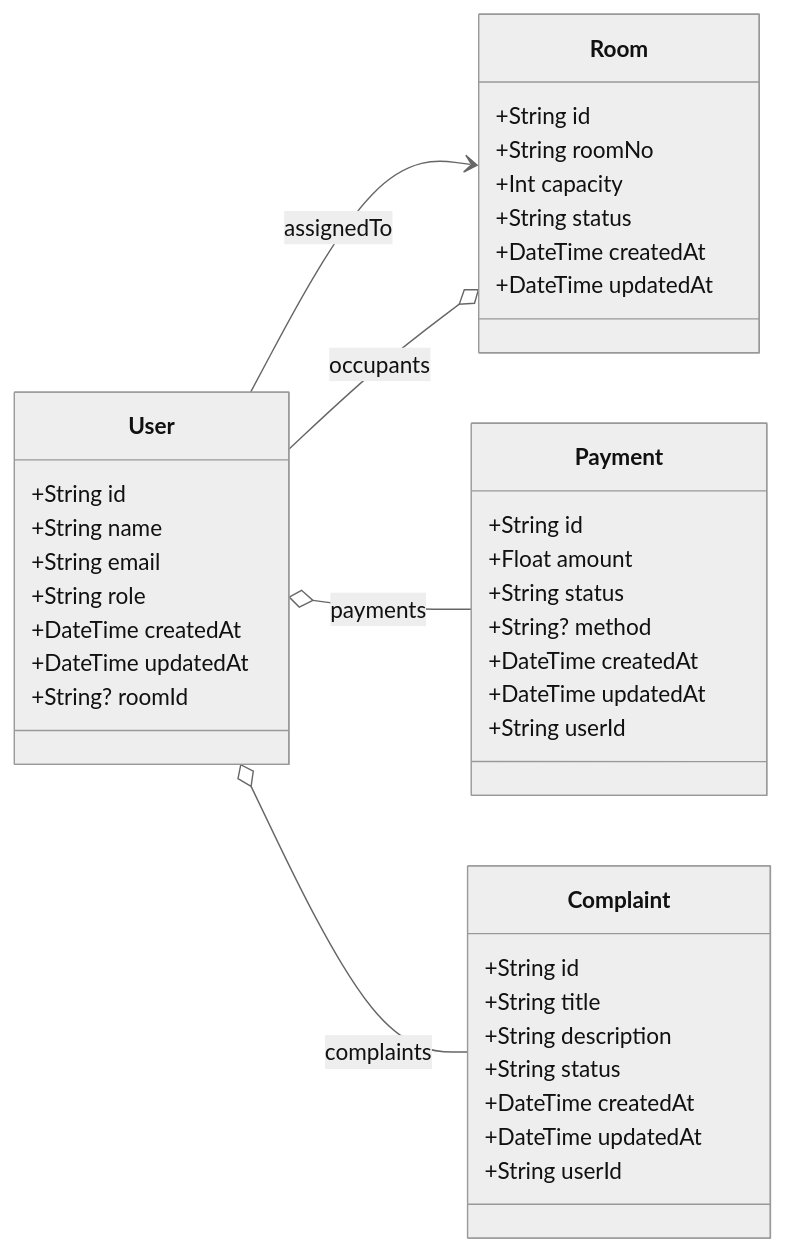
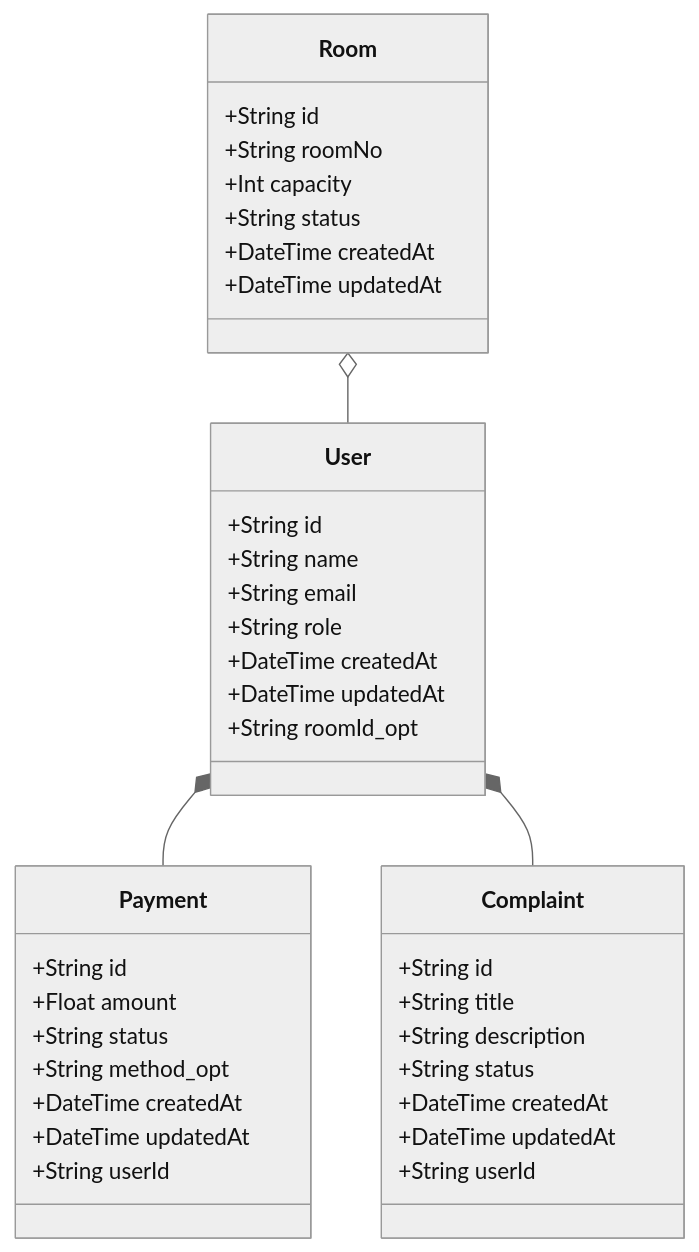
One commit to ishyverma/SDSE_Capstone changed the first of 6 diagrams in diagrams/class-diagram.md. Above: the diagram before and after it, drawn with Mermaid (neutral theme). The commit also changed other lines of this file and 3 other files, not shown here.

````diff
--- a/diagrams/class-diagram.md
+++ b/diagrams/class-diagram.md
@@ -44,51 +44,48 @@
 ```mermaid
 classDiagram
-    direction LR
+    direction TB
 
     class User {
         +String id
         +String name
         +String email
         +String role
         +DateTime createdAt
         +DateTime updatedAt
-        +String? roomId
+        +String roomId_opt
     }
 
     class Room {
         +String id
         +String roomNo
         +Int capacity
         +String status
         +DateTime createdAt
         +DateTime updatedAt
     }
 
     class Payment {
         +String id
         +Float amount
         +String status
-        +String? method
+        +String method_opt
         +DateTime createdAt
         +DateTime updatedAt
         +String userId
     }
 
     class Complaint {
         +String id
         +String title
         +String description
         +String status
         +DateTime createdAt
         +DateTime updatedAt
         +String userId
     }
 
-    %% Directed Association
-    User --> Room : assignedTo
-
-    %% Aggregation
-    Room o-- User : occupants 
-    User o-- Payment : payments 
-    User o-- Complaint : complaints 
+    %% Aggregation & Composition
+    Room o-- User
+    User *-- Payment : 
+    User *-- Complaint  
 ```
````
